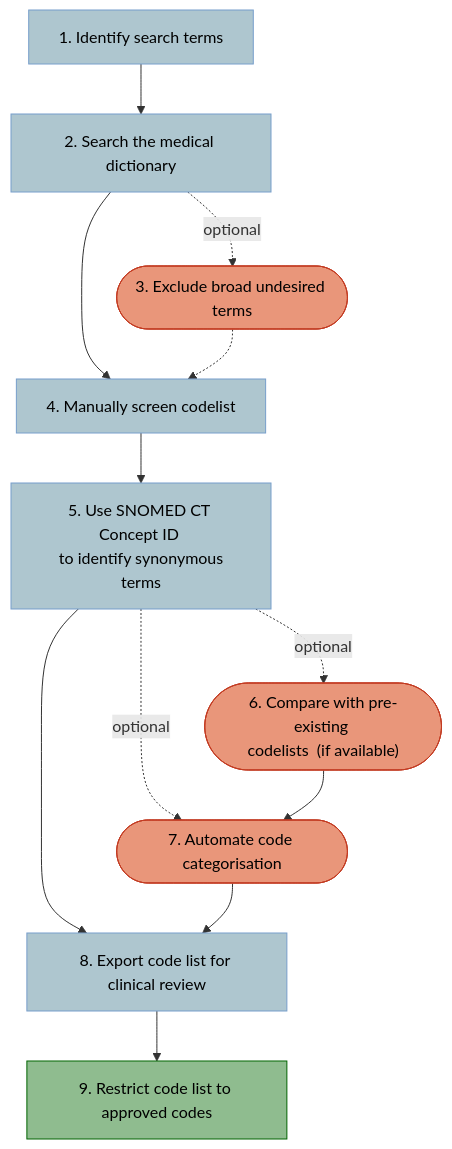
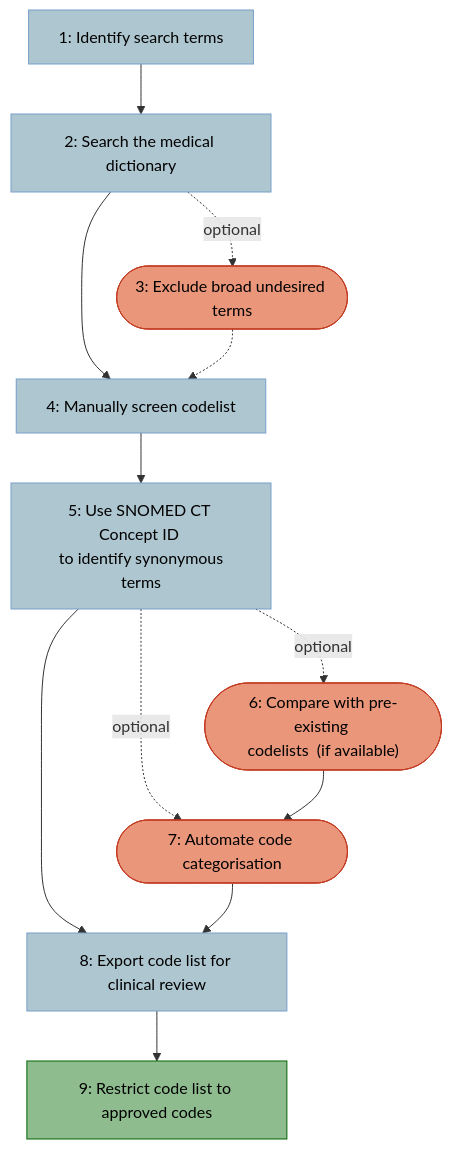
Before and after one commit to NHLI-Respiratory-Epi/SNOMED-CT-codelists: the diagram in README.md, drawn with Mermaid. The commit also changed other lines of this file, not shown here.

````diff
--- a/README.md
+++ b/README.md
@@ -6,26 +6,26 @@
 ```mermaid
  flowchart TD
- A[1. Identify search terms] --> B[2. Search the medical dictionary]
-    B -. optional .-> C([3. Exclude broad undesired terms])
-    B --> D[4. Manually screen codelist]
+ A[1: Identify search terms] --> B[2: Search the medical dictionary]
+    B -. optional .-> C([3: Exclude broad undesired terms])
+    B --> D[4: Manually screen codelist]
     C -.-> D
-    D --> E[5. Use SNOMED CT Concept ID <br> to identify synonymous terms]
-    E -. optional .-> F(["6. Compare with pre-existing <br>codelists  (if available)"])
-    E -. optional .-> G(["7. Automate code categorisation"])
-    E --> H[8. Export code list for clinical review]
+    D --> E[5: Use SNOMED CT Concept ID <br> to identify synonymous terms]
+    E -. optional .-> F(["6: Compare with pre-existing <br>codelists  (if available)"])
+    E -. optional .-> G(["7: Automate code categorisation"])
+    E --> H[8: Export code list for clinical review]
     F --> G
     G --> H
-    H --> I[9. Restrict code list to approved codes]
+    H --> I[9: Restrict code list to approved codes]
     A:::step
     B:::step
     C:::optional
     D:::step
     E:::step
     F:::optional
     G:::optional
     H:::step
     I:::final
     classDef step color:black, fill:#aec6cf, stroke:#779ecb
     classDef optional color:black, fill:#e9967a, stroke:#c23b22
     classDef final color:black, fill:#8fbc8f, stroke:#006400
 ```
````
